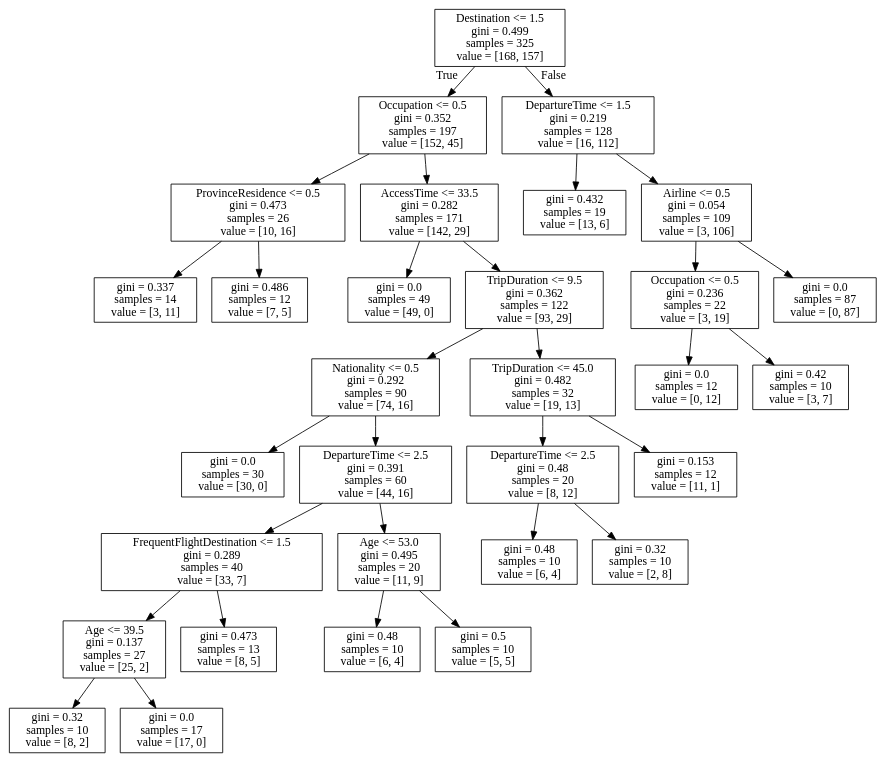
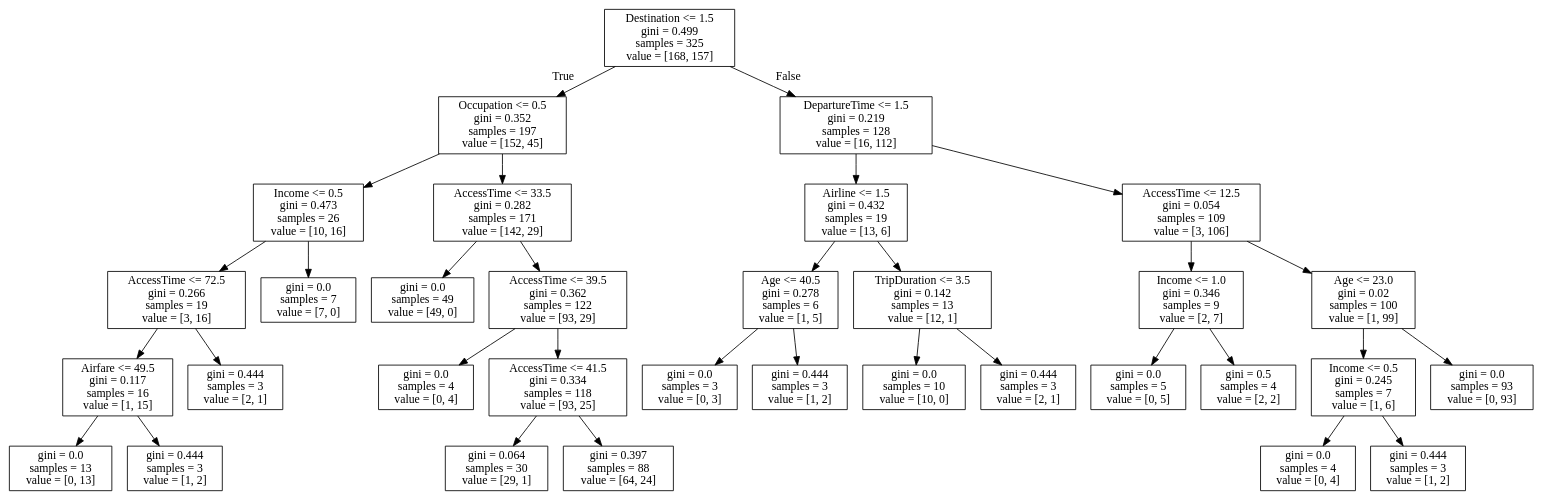
One commit to haoditu/BUAN_5310_ML changed the diagram in Dtree_airport_1.dot. Above: the diagram before and after it, drawn with Graphviz. The commit also changed 4 other files, not shown here.

```diff
--- a/Dtree_airport_1.dot
+++ b/Dtree_airport_1.dot
@@ -1,64 +1,68 @@
 digraph Tree {
 node [shape=box] ;
 0 [label="Destination <= 1.5\ngini = 0.499\nsamples = 325\nvalue = [168, 157]"] ;
 1 [label="Occupation <= 0.5\ngini = 0.352\nsamples = 197\nvalue = [152, 45]"] ;
 0 -> 1 [labeldistance=2.5, labelangle=45, headlabel="True"] ;
-2 [label="ProvinceResidence <= 0.5\ngini = 0.473\nsamples = 26\nvalue = [10, 16]"] ;
+2 [label="Income <= 0.5\ngini = 0.473\nsamples = 26\nvalue = [10, 16]"] ;
 1 -> 2 ;
-3 [label="gini = 0.337\nsamples = 14\nvalue = [3, 11]"] ;
+3 [label="AccessTime <= 72.5\ngini = 0.266\nsamples = 19\nvalue = [3, 16]"] ;
 2 -> 3 ;
-4 [label="gini = 0.486\nsamples = 12\nvalue = [7, 5]"] ;
-2 -> 4 ;
-5 [label="AccessTime <= 33.5\ngini = 0.282\nsamples = 171\nvalue = [142, 29]"] ;
-1 -> 5 ;
-6 [label="gini = 0.0\nsamples = 49\nvalue = [49, 0]"] ;
-5 -> 6 ;
-7 [label="TripDuration <= 9.5\ngini = 0.362\nsamples = 122\nvalue = [93, 29]"] ;
-5 -> 7 ;
-8 [label="Nationality <= 0.5\ngini = 0.292\nsamples = 90\nvalue = [74, 16]"] ;
-7 -> 8 ;
-9 [label="gini = 0.0\nsamples = 30\nvalue = [30, 0]"] ;
-8 -> 9 ;
-10 [label="DepartureTime <= 2.5\ngini = 0.391\nsamples = 60\nvalue = [44, 16]"] ;
-8 -> 10 ;
-11 [label="FrequentFlightDestination <= 1.5\ngini = 0.289\nsamples = 40\nvalue = [33, 7]"] ;
-10 -> 11 ;
-12 [label="Age <= 39.5\ngini = 0.137\nsamples = 27\nvalue = [25, 2]"] ;
+4 [label="Airfare <= 49.5\ngini = 0.117\nsamples = 16\nvalue = [1, 15]"] ;
+3 -> 4 ;
+5 [label="gini = 0.0\nsamples = 13\nvalue = [0, 13]"] ;
+4 -> 5 ;
+6 [label="gini = 0.444\nsamples = 3\nvalue = [1, 2]"] ;
+4 -> 6 ;
+7 [label="gini = 0.444\nsamples = 3\nvalue = [2, 1]"] ;
+3 -> 7 ;
+8 [label="gini = 0.0\nsamples = 7\nvalue = [7, 0]"] ;
+2 -> 8 ;
+9 [label="AccessTime <= 33.5\ngini = 0.282\nsamples = 171\nvalue = [142, 29]"] ;
+1 -> 9 ;
+10 [label="gini = 0.0\nsamples = 49\nvalue = [49, 0]"] ;
+9 -> 10 ;
+11 [label="AccessTime <= 39.5\ngini = 0.362\nsamples = 122\nvalue = [93, 29]"] ;
+9 -> 11 ;
+12 [label="gini = 0.0\nsamples = 4\nvalue = [0, 4]"] ;
 11 -> 12 ;
-13 [label="gini = 0.32\nsamples = 10\nvalue = [8, 2]"] ;
-12 -> 13 ;
-14 [label="gini = 0.0\nsamples = 17\nvalue = [17, 0]"] ;
-12 -> 14 ;
-15 [label="gini = 0.473\nsamples = 13\nvalue = [8, 5]"] ;
-11 -> 15 ;
-16 [label="Age <= 53.0\ngini = 0.495\nsamples = 20\nvalue = [11, 9]"] ;
-10 -> 16 ;
-17 [label="gini = 0.48\nsamples = 10\nvalue = [6, 4]"] ;
+13 [label="AccessTime <= 41.5\ngini = 0.334\nsamples = 118\nvalue = [93, 25]"] ;
+11 -> 13 ;
+14 [label="gini = 0.064\nsamples = 30\nvalue = [29, 1]"] ;
+13 -> 14 ;
+15 [label="gini = 0.397\nsamples = 88\nvalue = [64, 24]"] ;
+13 -> 15 ;
+16 [label="DepartureTime <= 1.5\ngini = 0.219\nsamples = 128\nvalue = [16, 112]"] ;
+0 -> 16 [labeldistance=2.5, labelangle=-45, headlabel="False"] ;
+17 [label="Airline <= 1.5\ngini = 0.432\nsamples = 19\nvalue = [13, 6]"] ;
 16 -> 17 ;
-18 [label="gini = 0.5\nsamples = 10\nvalue = [5, 5]"] ;
-16 -> 18 ;
-19 [label="TripDuration <= 45.0\ngini = 0.482\nsamples = 32\nvalue = [19, 13]"] ;
-7 -> 19 ;
-20 [label="DepartureTime <= 2.5\ngini = 0.48\nsamples = 20\nvalue = [8, 12]"] ;
-19 -> 20 ;
-21 [label="gini = 0.48\nsamples = 10\nvalue = [6, 4]"] ;
-20 -> 21 ;
-22 [label="gini = 0.32\nsamples = 10\nvalue = [2, 8]"] ;
-20 -> 22 ;
-23 [label="gini = 0.153\nsamples = 12\nvalue = [11, 1]"] ;
-19 -> 23 ;
-24 [label="DepartureTime <= 1.5\ngini = 0.219\nsamples = 128\nvalue = [16, 112]"] ;
-0 -> 24 [labeldistance=2.5, labelangle=-45, headlabel="False"] ;
-25 [label="gini = 0.432\nsamples = 19\nvalue = [13, 6]"] ;
+18 [label="Age <= 40.5\ngini = 0.278\nsamples = 6\nvalue = [1, 5]"] ;
+17 -> 18 ;
+19 [label="gini = 0.0\nsamples = 3\nvalue = [0, 3]"] ;
+18 -> 19 ;
+20 [label="gini = 0.444\nsamples = 3\nvalue = [1, 2]"] ;
+18 -> 20 ;
+21 [label="TripDuration <= 3.5\ngini = 0.142\nsamples = 13\nvalue = [12, 1]"] ;
+17 -> 21 ;
+22 [label="gini = 0.0\nsamples = 10\nvalue = [10, 0]"] ;
+21 -> 22 ;
+23 [label="gini = 0.444\nsamples = 3\nvalue = [2, 1]"] ;
+21 -> 23 ;
+24 [label="AccessTime <= 12.5\ngini = 0.054\nsamples = 109\nvalue = [3, 106]"] ;
+16 -> 24 ;
+25 [label="Income <= 1.0\ngini = 0.346\nsamples = 9\nvalue = [2, 7]"] ;
 24 -> 25 ;
-26 [label="Airline <= 0.5\ngini = 0.054\nsamples = 109\nvalue = [3, 106]"] ;
-24 -> 26 ;
-27 [label="Occupation <= 0.5\ngini = 0.236\nsamples = 22\nvalue = [3, 19]"] ;
-26 -> 27 ;
-28 [label="gini = 0.0\nsamples = 12\nvalue = [0, 12]"] ;
-27 -> 28 ;
-29 [label="gini = 0.42\nsamples = 10\nvalue = [3, 7]"] ;
-27 -> 29 ;
-30 [label="gini = 0.0\nsamples = 87\nvalue = [0, 87]"] ;
-26 -> 30 ;
+26 [label="gini = 0.0\nsamples = 5\nvalue = [0, 5]"] ;
+25 -> 26 ;
+27 [label="gini = 0.5\nsamples = 4\nvalue = [2, 2]"] ;
+25 -> 27 ;
+28 [label="Age <= 23.0\ngini = 0.02\nsamples = 100\nvalue = [1, 99]"] ;
+24 -> 28 ;
+29 [label="Income <= 0.5\ngini = 0.245\nsamples = 7\nvalue = [1, 6]"] ;
+28 -> 29 ;
+30 [label="gini = 0.0\nsamples = 4\nvalue = [0, 4]"] ;
+29 -> 30 ;
+31 [label="gini = 0.444\nsamples = 3\nvalue = [1, 2]"] ;
+29 -> 31 ;
+32 [label="gini = 0.0\nsamples = 93\nvalue = [0, 93]"] ;
+28 -> 32 ;
 }
```
